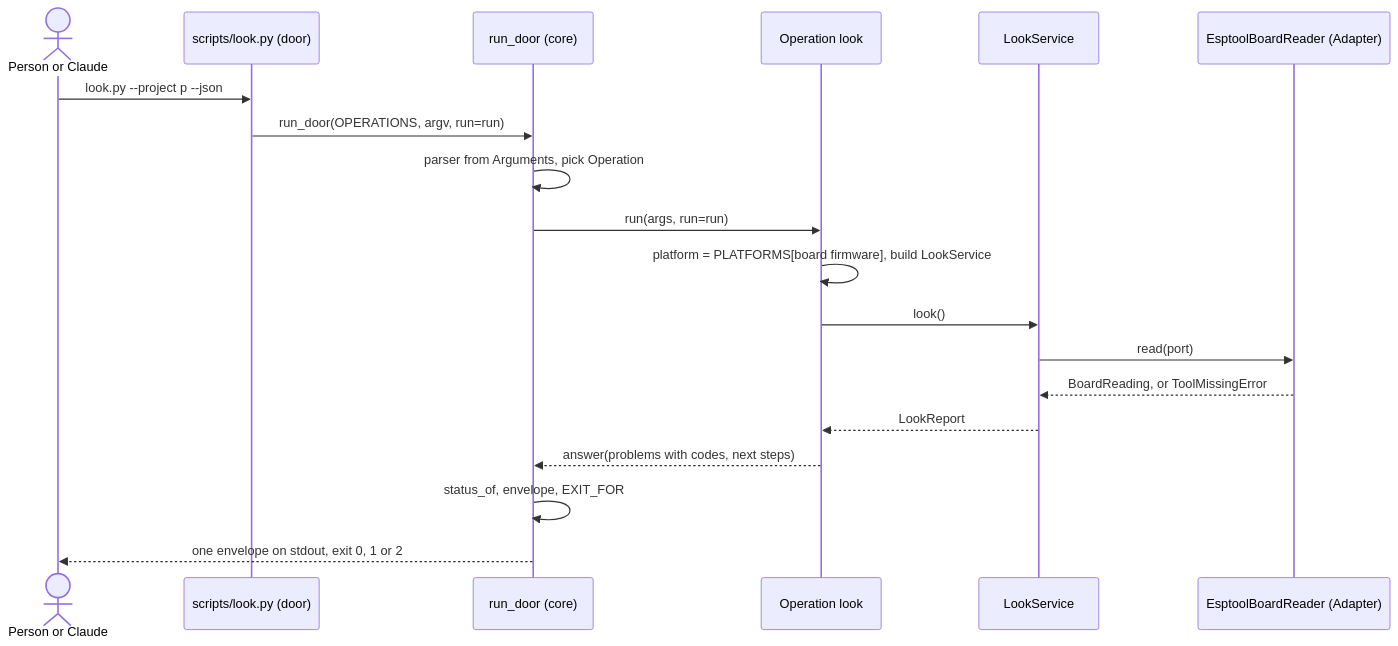
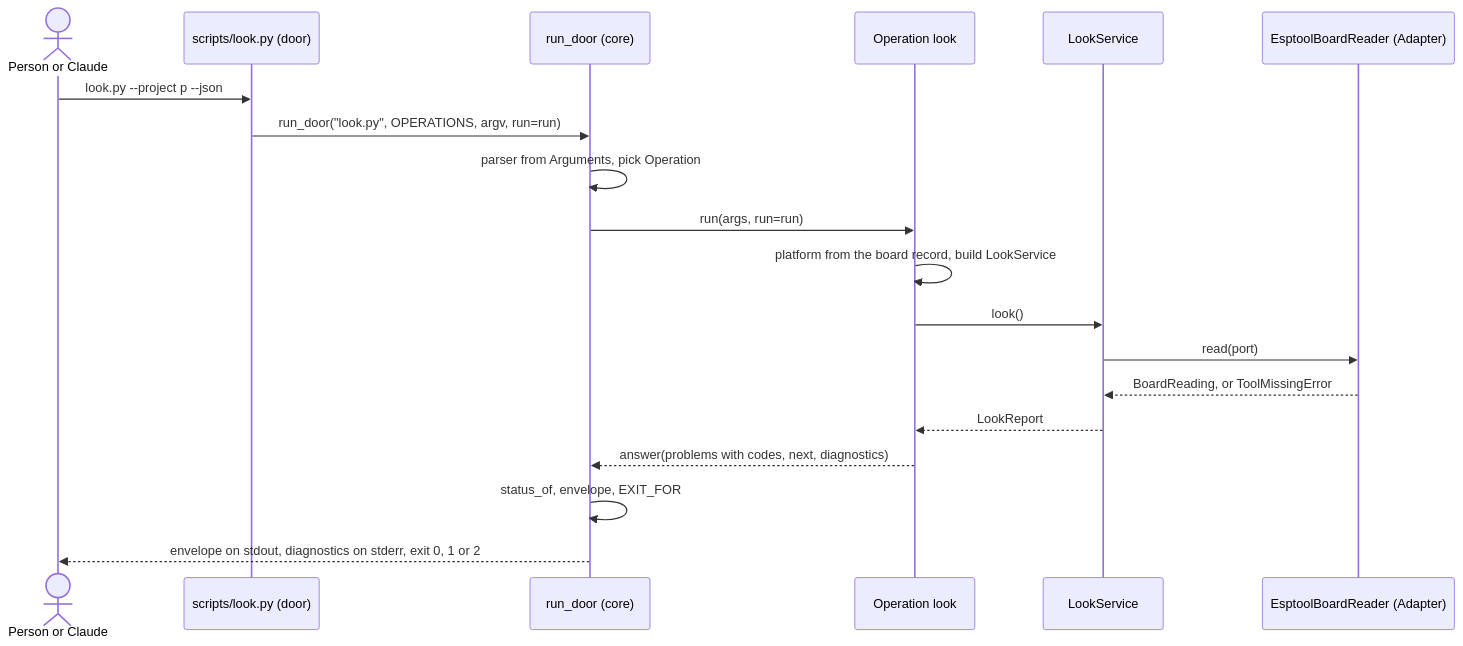
One commit to xmejkal/spark changed the third of 3 diagrams in docs/discovery/2026-10-19-p323-target-architecture/design.md. Above: the diagram before and after it, drawn with Mermaid. The commit also changed other lines of this file and 4 other files, not shown here.

````diff
--- a/docs/discovery/2026-10-19-p323-target-architecture/design.md
+++ b/docs/discovery/2026-10-19-p323-target-architecture/design.md
@@ -225,21 +253,21 @@
 ```mermaid
 sequenceDiagram
   actor P as Person or Claude
   participant D as scripts/look.py (door)
   participant H as run_door (core)
   participant O as Operation look
   participant S as LookService
   participant A as EsptoolBoardReader (Adapter)
   P->>D: look.py --project p --json
-  D->>H: run_door(OPERATIONS, argv, run=run)
+  D->>H: run_door("look.py", OPERATIONS, argv, run=run)
   H->>H: parser from Arguments, pick Operation
   H->>O: run(args, run=run)
-  O->>O: platform = PLATFORMS[board firmware], build LookService
+  O->>O: platform from the board record, build LookService
   O->>S: look()
   S->>A: read(port)
   A-->>S: BoardReading, or ToolMissingError
   S-->>O: LookReport
-  O-->>H: answer(problems with codes, next steps)
+  O-->>H: answer(problems with codes, next, diagnostics)
   H->>H: status_of, envelope, EXIT_FOR
-  H-->>P: one envelope on stdout, exit 0, 1 or 2
+  H-->>P: envelope on stdout, diagnostics on stderr, exit 0, 1 or 2
 ```
````
